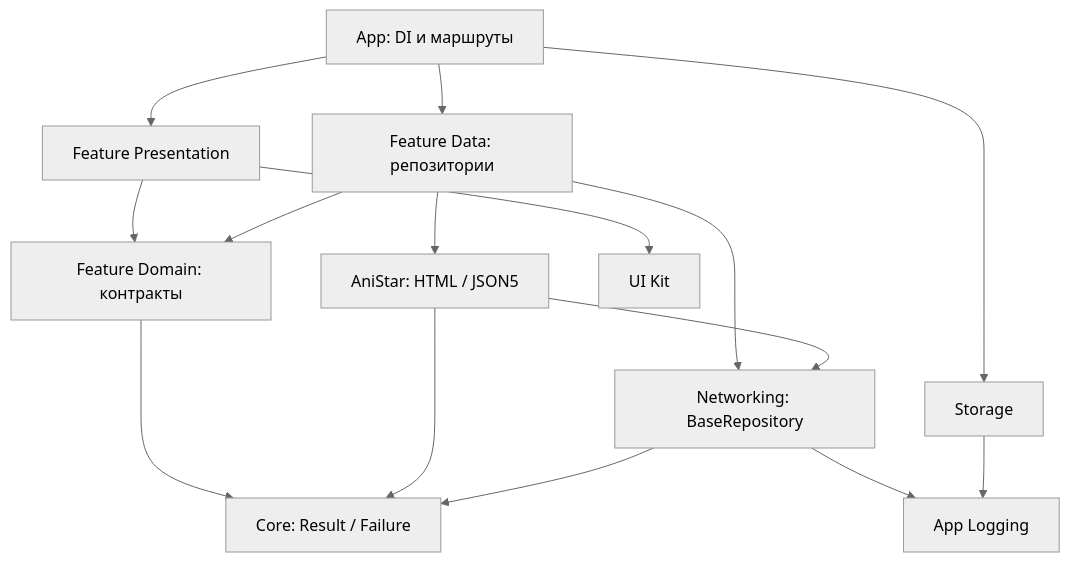
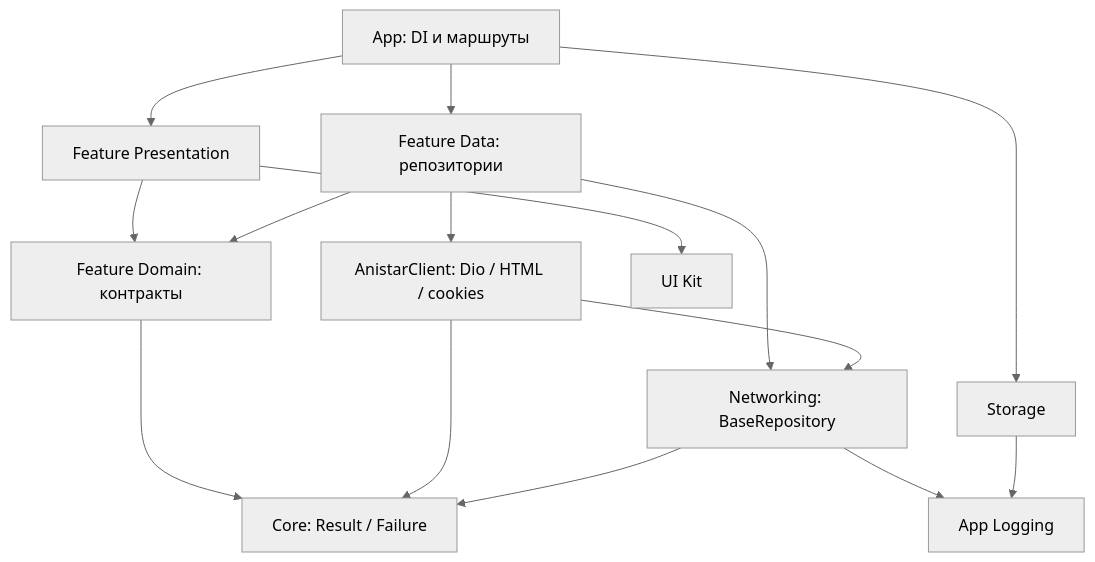
The diagram in docs/01_architecture_principles.md (Overman775/anistar-tv_ai-software-factory), drawn with Mermaid (neutral theme) before and after one commit. The commit also changed other lines of this file and 60 other files, not shown here.

Commit message:
refactor: unify AniStar client and runtime diagnostics

````diff
--- a/docs/01_architecture_principles.md
+++ b/docs/01_architecture_principles.md
@@ -34,17 +34,17 @@
 ```mermaid
 flowchart TD
   App["App: DI и маршруты"] --> UI["Feature Presentation"]
   App --> Repos["Feature Data: репозитории"]
   UI --> Domain["Feature Domain: контракты"]
   Repos --> Domain
   Domain --> Core["Core: Result / Failure"]
-  Repos --> Anistar["AniStar: HTML / JSON5"]
+  Repos --> Anistar["AnistarClient: Dio / HTML / cookies"]
   Repos --> Network["Networking: BaseRepository"]
   Anistar --> Network
   Anistar --> Core
   Network --> Core
   Network --> Logging["App Logging"]
   App --> Storage["Storage"]
   Storage --> Logging
   UI --> UIKit["UI Kit"]
 ```
````
